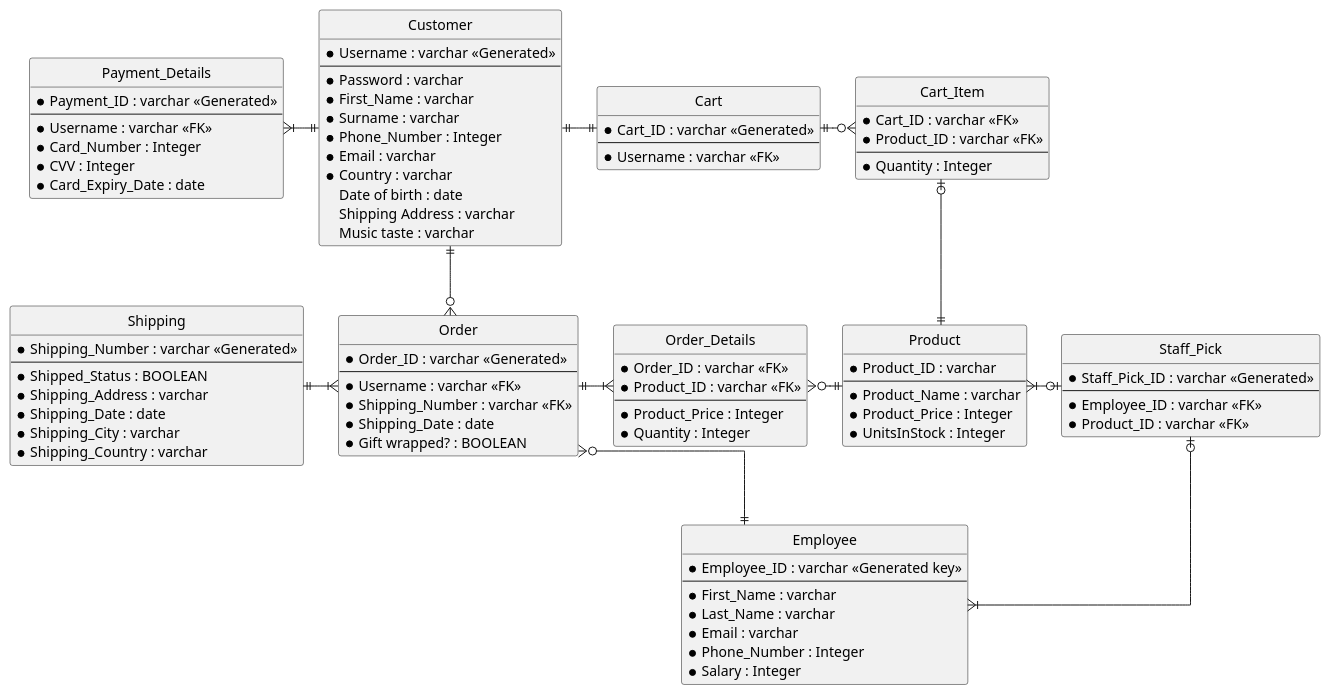
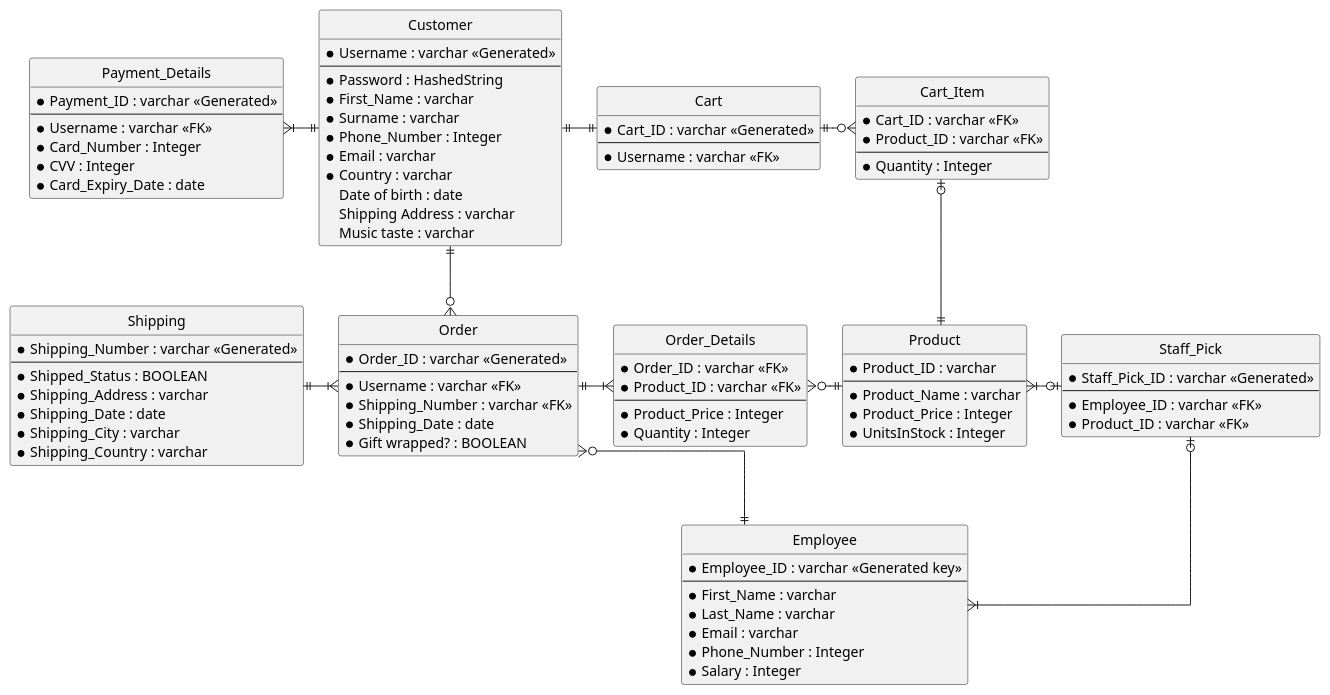
The diagram in milestone2/HVLo-Fi-erd.puml (shaystevens/INFO201-assignments), drawn with PlantUML before and after one commit.

Commit message:
Updated so password is stored as a hash

```diff
--- a/milestone2/HVLo-Fi-erd.puml
+++ b/milestone2/HVLo-Fi-erd.puml
@@ -1,107 +1,107 @@
 @startuml HV Lo-Fi
 
 skinparam Style StrictUML
 skinparam LineType ortho
 skinparam monochrome true
 
 class Customer {
     * Username : varchar <<Generated>>
 --
-    * Password : varchar
+    * Password : HashedString
     * First_Name : varchar
     * Surname : varchar
     * Phone_Number : Integer
     * Email : varchar
     * Country : varchar
     Date of birth : date
     Shipping Address : varchar
     Music taste : varchar
 }
 
 class Product {
     * Product_ID : varchar
 --
     * Product_Name : varchar
     * Product_Price : Integer
     * UnitsInStock : Integer
 }
 
 class Order {
     * Order_ID : varchar <<Generated>>
 --
     * Username : varchar <<FK>>
     * Shipping_Number : varchar <<FK>>
     * Shipping_Date : date
     * Gift wrapped? : BOOLEAN
 }
 
 class Shipping {
     * Shipping_Number : varchar <<Generated>>
 --
     * Shipped_Status : BOOLEAN
     * Shipping_Address : varchar
     * Shipping_Date : date
     * Shipping_City : varchar
     * Shipping_Country : varchar
 }
 
 class Payment_Details {
     * Payment_ID : varchar <<Generated>>
 --
     * Username : varchar <<FK>>
     * Card_Number : Integer
     * CVV : Integer
     * Card_Expiry_Date : date
 }
 
 class Order_Details {
     * Order_ID : varchar <<FK>>
     * Product_ID : varchar <<FK>>
 --
     * Product_Price : Integer
     * Quantity : Integer
 }
 
 class Cart {
     * Cart_ID : varchar <<Generated>>
 --
     * Username : varchar <<FK>>
 }
 
 class Cart_Item {
     * Cart_ID : varchar <<FK>>
     * Product_ID : varchar <<FK>>
 --
     * Quantity : Integer
 }
 
 class Employee {
     * Employee_ID : varchar <<Generated key>>
 --
     * First_Name : varchar
     * Last_Name : varchar
     * Email : varchar
     * Phone_Number : Integer
     * Salary : Integer
 }
 
 class Staff_Pick {
     * Staff_Pick_ID : varchar <<Generated>>
 --
     * Employee_ID : varchar <<FK>>
     * Product_ID : varchar <<FK>>
 }
 
 Customer ||--o{ Order
 Customer ||-|| Cart
 Cart ||-o{ Cart_Item
 Cart_Item |o-|| Product
 Payment_Details }|-|| Customer
 Shipping ||-|{ Order
 Order ||-|{ Order_Details
 Order_Details }o-|| Product
 Staff_Pick |o--|{ Employee
 Product }|-o| Staff_Pick
 Order }o--|| Employee
 
 @enduml
```
